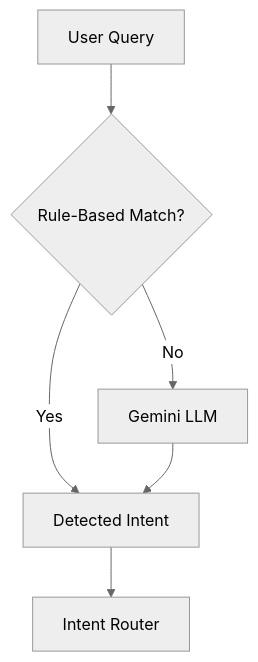
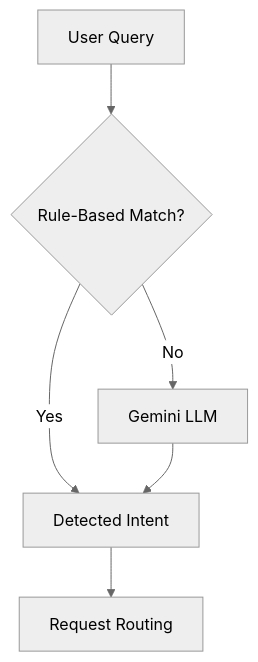
The fourth of 4 diagrams in README.md (bhanusri-123/Employee-support-ai), drawn with Mermaid (neutral theme) before and after one commit. The commit also changed other lines of this file, not shown here.

````diff
--- a/README.md
+++ b/README.md
@@ -135,15 +137,15 @@
 ```mermaid
 flowchart TD
 
     A[User Query]
 
     A --> B{Rule-Based Match?}
 
     B -->|Yes| C[Detected Intent]
 
     B -->|No| D[Gemini LLM]
 
     D --> C
 
-    C --> E[Intent Router]
+    C --> E[Request Routing]
 ```
````
